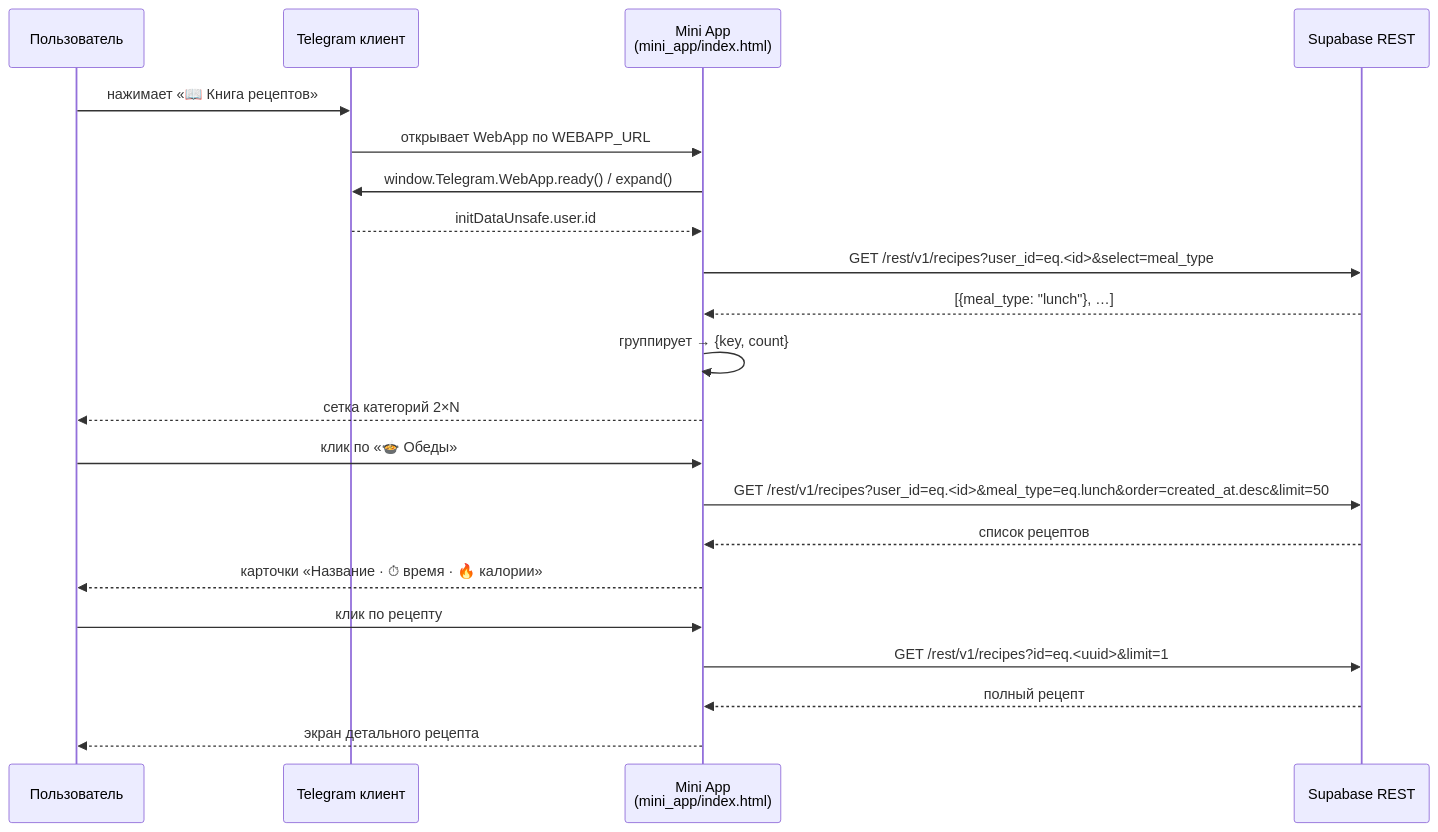
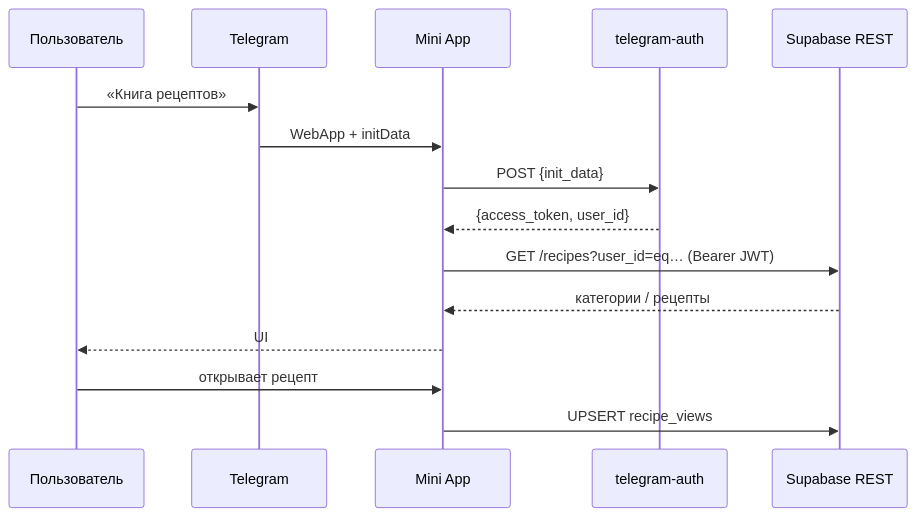
One commit to Denis-TT/remy_recipe_bot changed the second of 3 diagrams in docs/architecture.md. Above: the diagram before and after it, drawn with Mermaid. The commit also changed other lines of this file and 2 other files, not shown here.

````diff
--- a/docs/architecture.md
+++ b/docs/architecture.md
@@ -180,27 +167,19 @@
 ```mermaid
 sequenceDiagram
     participant U as Пользователь
-    participant TG as Telegram клиент
-    participant MA as Mini App<br/>(mini_app/index.html)
+    participant TG as Telegram
+    participant MA as Mini App
+    participant EF as telegram-auth
     participant DB as Supabase REST
 
-    U->>TG: нажимает «📖 Книга рецептов»
-    TG->>MA: открывает WebApp по WEBAPP_URL
-    MA->>TG: window.Telegram.WebApp.ready() / expand()
-    TG-->>MA: initDataUnsafe.user.id
+    U->>TG: «Книга рецептов»
+    TG->>MA: WebApp + initData
+    MA->>EF: POST {init_data}
+    EF-->>MA: {access_token, user_id}
+    MA->>DB: GET /recipes?user_id=eq… (Bearer JWT)
+    DB-->>MA: категории / рецепты
+    MA-->>U: UI
 
-    MA->>DB: GET /rest/v1/recipes?user_id=eq.<id>&select=meal_type
-    DB-->>MA: [{meal_type: "lunch"}, …]
-    MA->>MA: группирует → {key, count}
-    MA-->>U: сетка категорий 2×N
-
-    U->>MA: клик по «🍲 Обеды»
-    MA->>DB: GET /rest/v1/recipes?user_id=eq.<id>&meal_type=eq.lunch&order=created_at.desc&limit=50
-    DB-->>MA: список рецептов
-    MA-->>U: карточки «Название · ⏱ время · 🔥 калории»
-
-    U->>MA: клик по рецепту
-    MA->>DB: GET /rest/v1/recipes?id=eq.<uuid>&limit=1
-    DB-->>MA: полный рецепт
-    MA-->>U: экран детального рецепта
+    U->>MA: открывает рецепт
+    MA->>DB: UPSERT recipe_views
 ```
````
